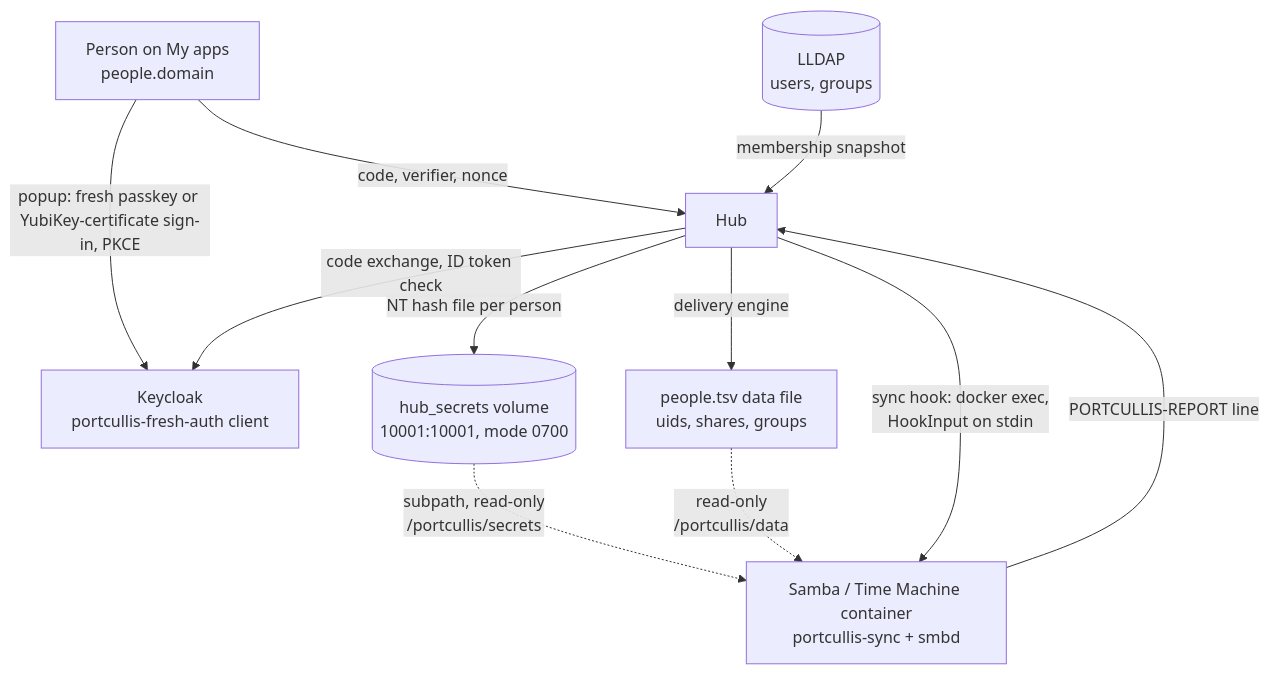
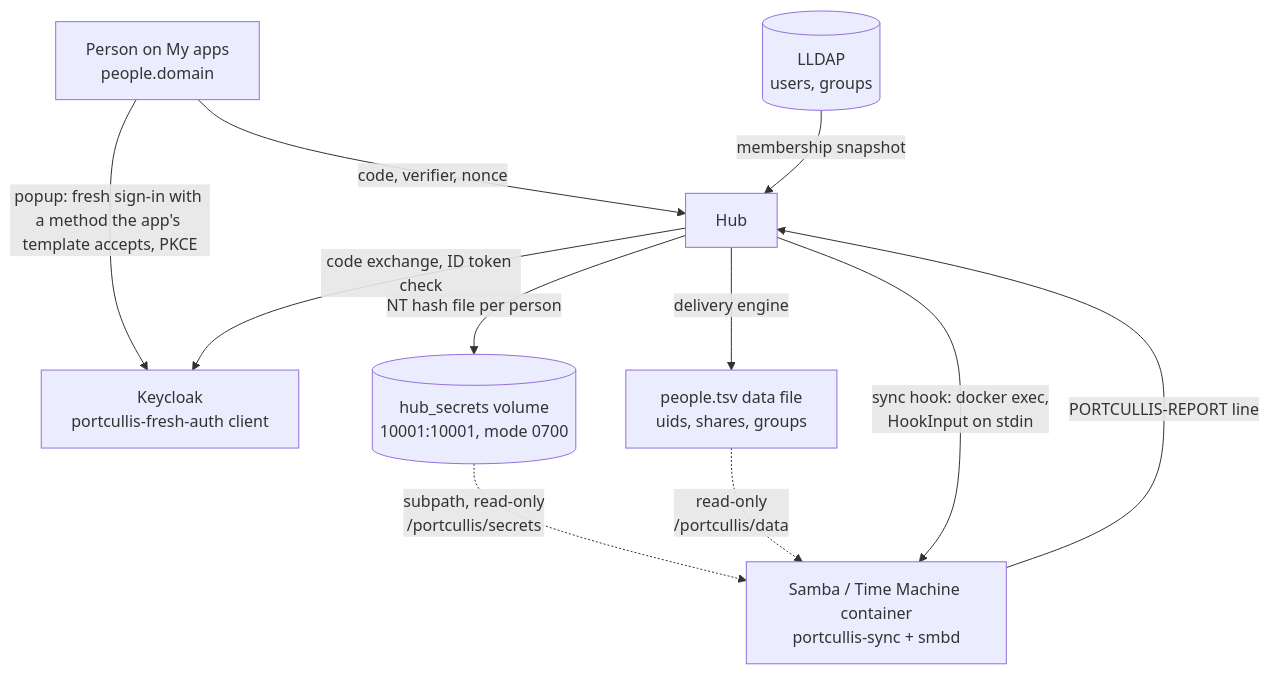
The ninth of 12 diagrams in docs/architecture.md (porelli/portcullis-docs), drawn with Mermaid before and after one commit. The commit also changed other lines of this file and 6 other files, not shown here.

````diff
--- a/docs/architecture.md
+++ b/docs/architecture.md
@@ -437,21 +437,21 @@
 ```mermaid
 flowchart TB
     Person[Person on My apps<br/>people.domain]
     KC[Keycloak<br/>portcullis-fresh-auth client]
     Hub[Hub]
     Secrets[(hub_secrets volume<br/>10001:10001, mode 0700)]
     People[people.tsv data file<br/>uids, shares, groups]
     LLDAP[(LLDAP<br/>users, groups)]
     App[Samba / Time Machine container<br/>portcullis-sync + smbd]
 
-    Person -->|popup: fresh passkey or YubiKey-certificate sign-in, PKCE| KC
+    Person -->|popup: fresh sign-in with a method the app's template accepts, PKCE| KC
     Person -->|code, verifier, nonce| Hub
     Hub -->|code exchange, ID token check| KC
     Hub -->|NT hash file per person| Secrets
     Hub -->|delivery engine| People
     LLDAP -->|membership snapshot| Hub
     Secrets -.->|subpath, read-only<br/>/portcullis/secrets| App
     People -.->|read-only<br/>/portcullis/data| App
     Hub -->|sync hook: docker exec,<br/>HookInput on stdin| App
     App -->|PORTCULLIS-REPORT line| Hub
 ```
````
